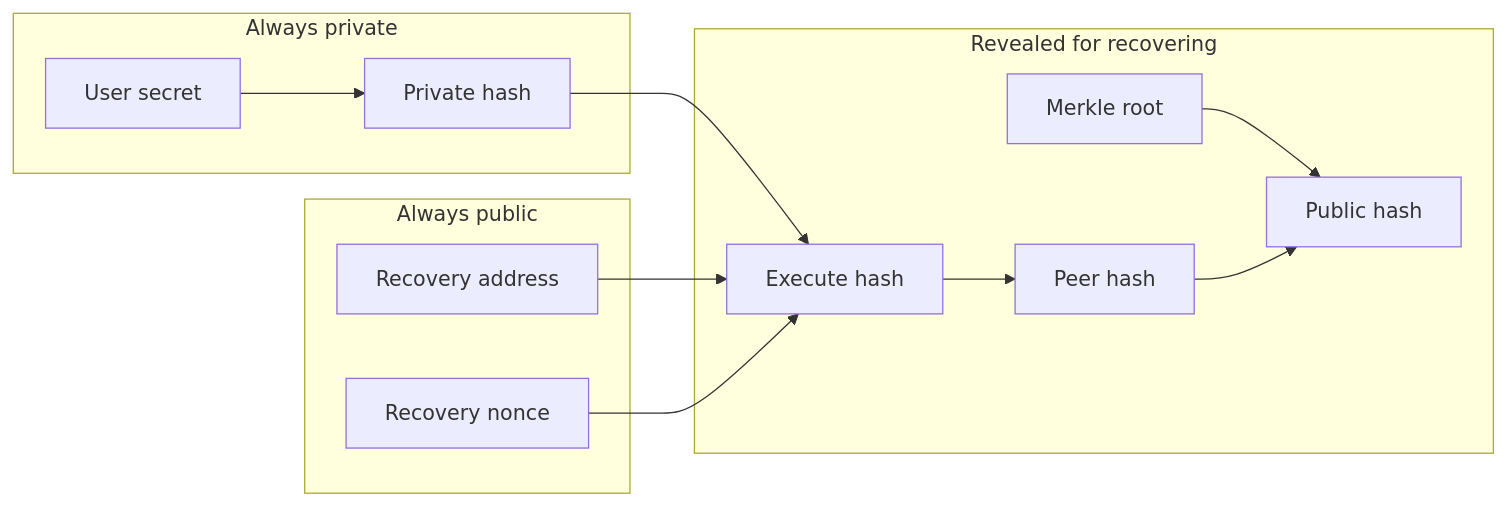
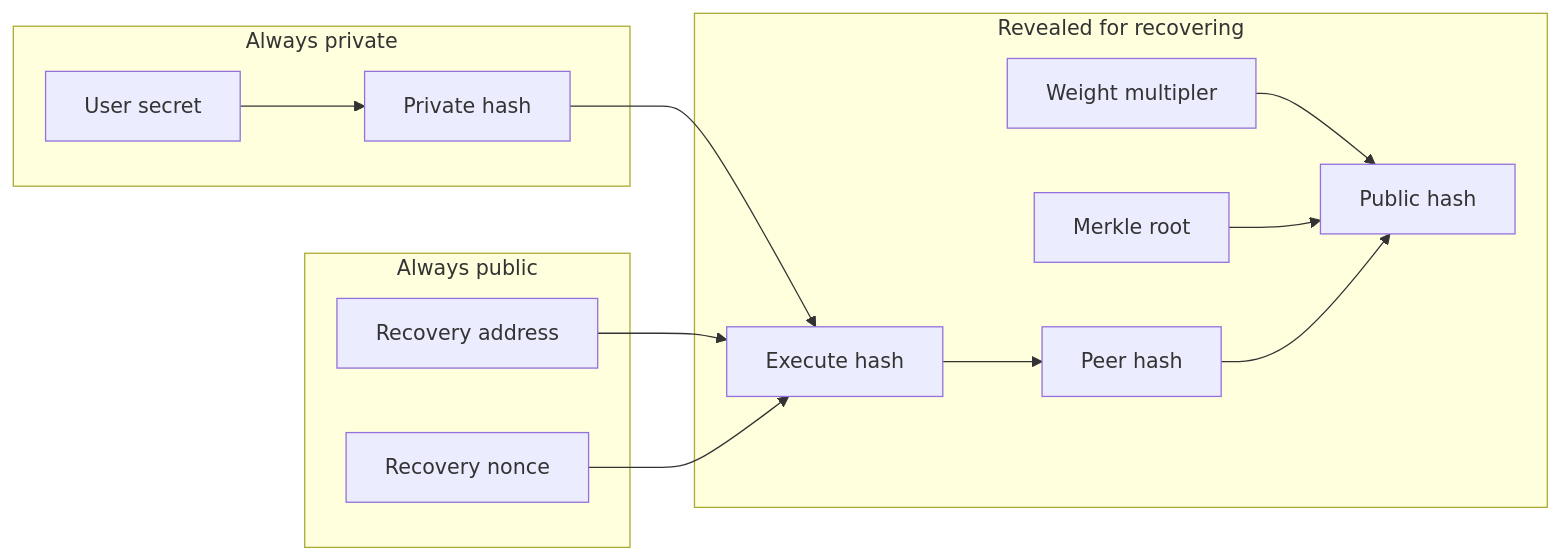
Before and after one commit to ethereum/EIPs: the ninth of 15 diagrams in EIPS/eip-2429.md, drawn with Mermaid. The commit also changed other lines of this file, not shown here.

Commit message:
add weight_multipler + fixes

````diff
--- a/EIPS/eip-2429.md
+++ b/EIPS/eip-2429.md
@@ -239,25 +239,27 @@
 ```mermaid
 	graph LR
         subgraph Always private
             user_secret_data["User secret"]
             private_hash["Private hash"]
         end
         subgraph Revealed for recovering
             hash_to_execute["Execute hash"]
             merkle_root["Merkle root"]
+            weight_multipler["Weight multipler"]
             hash_to_peer["Peer hash"]
             public_hash["Public hash"]
         end
         subgraph Always public  
             recovery_contract["Recovery address"]
             recovery_nonce["Recovery nonce"]
         end
 
     user_secret_data --> private_hash; 
     private_hash --> hash_to_execute; 
     hash_to_execute --> hash_to_peer; 
+    weight_multipler --> public_hash;
     merkle_root --> public_hash;
     hash_to_peer --> public_hash;
     recovery_contract --> hash_to_execute;
     recovery_nonce --> hash_to_execute;
 ```
````
